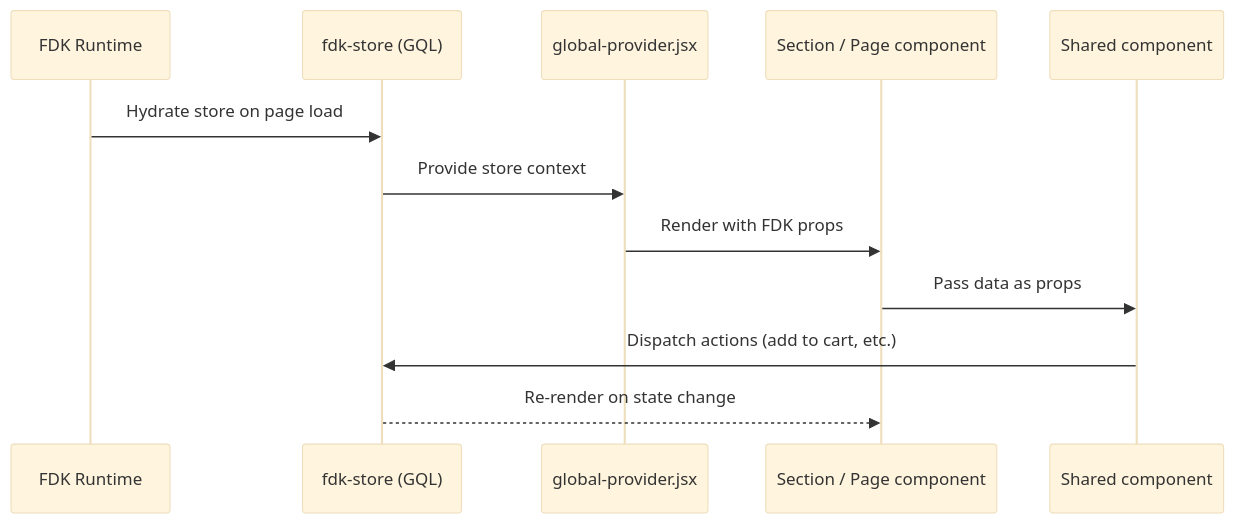
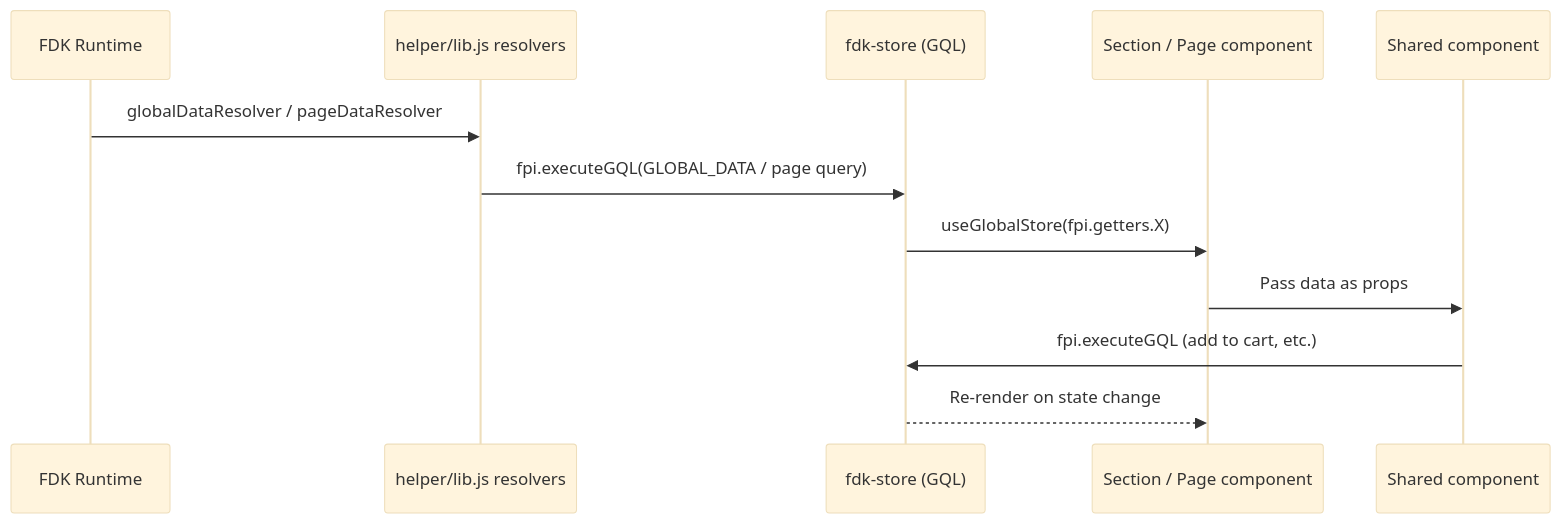
Before and after one commit to hetdevx/b2b-market-place-docs: the first of 4 diagrams in docs/02-architecture/data-flow.md, drawn with Mermaid (base theme). The commit also changed other lines of this file and 154 other files, not shown here.

````diff
--- a/docs/02-architecture/data-flow.md
+++ b/docs/02-architecture/data-flow.md
@@ -15,15 +17,15 @@
 ```mermaid
 sequenceDiagram
     participant FDK as FDK Runtime
+    participant Resolver as helper/lib.js resolvers
     participant Store as fdk-store (GQL)
-    participant Provider as global-provider.jsx
     participant Section as Section / Page component
     participant Component as Shared component
 
-    FDK->>Store: Hydrate store on page load
-    Store->>Provider: Provide store context
-    Provider->>Section: Render with FDK props
+    FDK->>Resolver: globalDataResolver / pageDataResolver
+    Resolver->>Store: fpi.executeGQL(GLOBAL_DATA / page query)
+    Store->>Section: useGlobalStore(fpi.getters.X)
     Section->>Component: Pass data as props
-    Component->>Store: Dispatch actions (add to cart, etc.)
+    Component->>Store: fpi.executeGQL (add to cart, etc.)
     Store-->>Section: Re-render on state change
 ```
````
